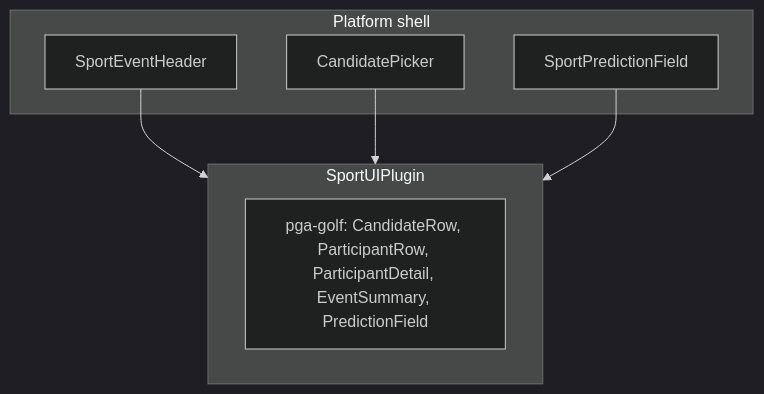
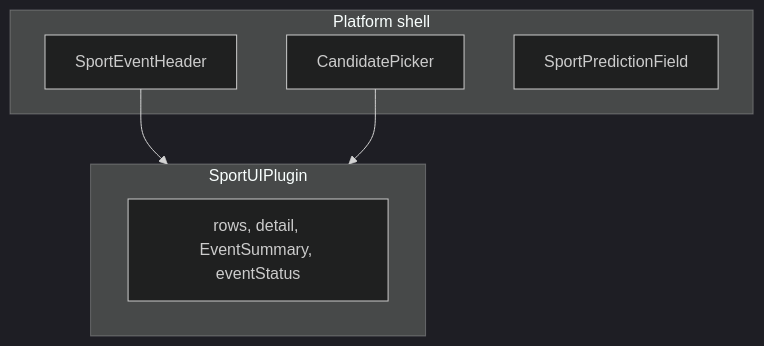
The third of 3 diagrams in spec/client/architecture.md (MagRelo/cut), drawn with Mermaid (dark theme) before and after one commit. The commit also changed other lines of this file and 40 other files, not shown here.

````diff
--- a/spec/client/architecture.md
+++ b/spec/client/architecture.md
@@ -64,14 +64,13 @@
 ```mermaid
 flowchart TB
   subgraph platform[Platform shell]
     Header[SportEventHeader]
     Picker[CandidatePicker]
     Pred[SportPredictionField]
   end
   subgraph plugin[SportUIPlugin]
-  Golf[pga-golf: CandidateRow, ParticipantRow, ParticipantDetail, EventSummary, PredictionField]
+  Golf["rows, detail, EventSummary, eventStatus"]
   end
   Header --> plugin
   Picker --> plugin
-  Pred --> plugin
 ```
````
